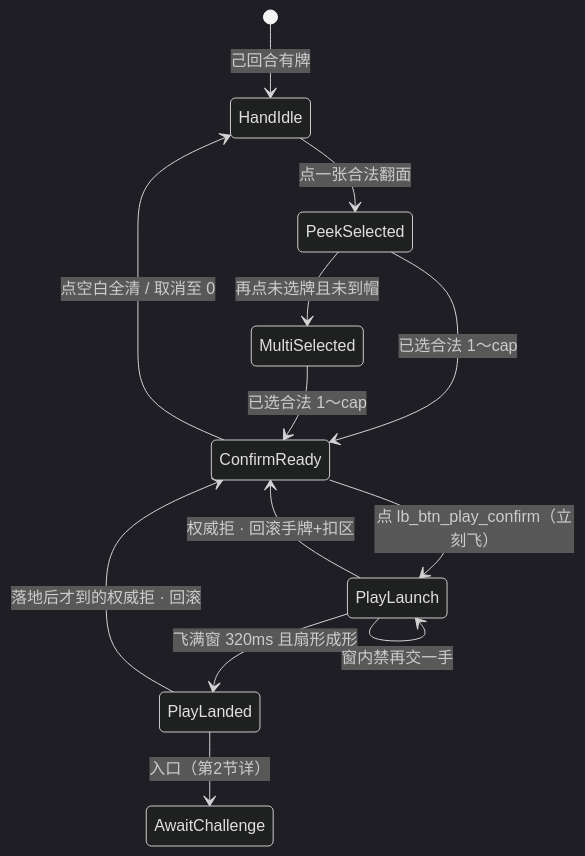
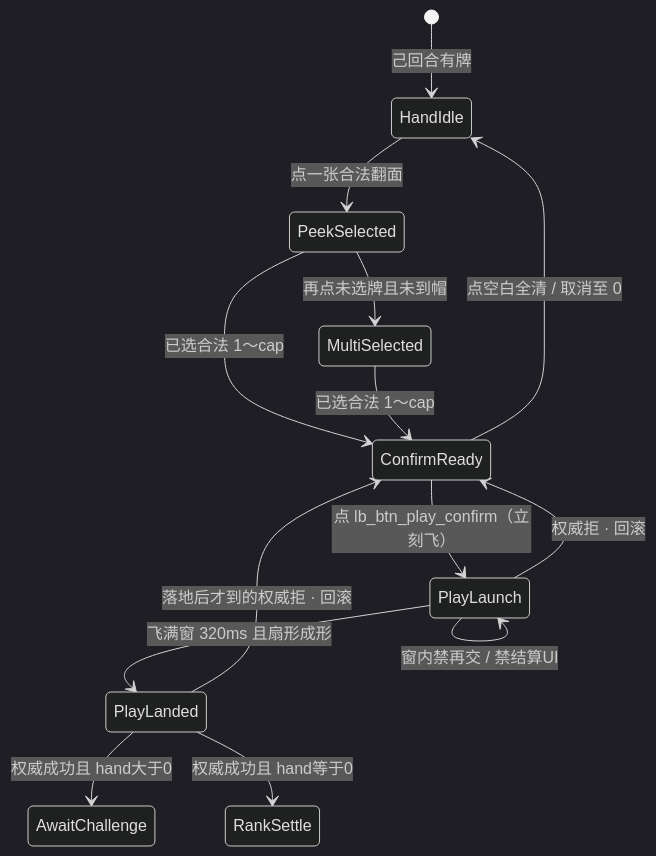
Before and after one commit to xubin0903/LiarBar: the diagram in docs/02-游戏设计/出牌扣牌-状态机.md, drawn with Mermaid (dark theme). The commit also changed other lines of this file and 8 other files, not shown here.

First line of the commit message:
docs(design): Aron 打光名次锁 · PlayLanded 后空牌禁进 AwaitChallenge

````diff
--- a/docs/02-游戏设计/出牌扣牌-状态机.md
+++ b/docs/02-游戏设计/出牌扣牌-状态机.md
@@ -66,15 +99,16 @@
 ```mermaid
 stateDiagram-v2
   [*] --> HandIdle: 己回合有牌
   HandIdle --> PeekSelected: 点一张合法翻面
   PeekSelected --> MultiSelected: 再点未选牌且未到帽
   PeekSelected --> ConfirmReady: 已选合法 1～cap
   MultiSelected --> ConfirmReady: 已选合法 1～cap
   ConfirmReady --> HandIdle: 点空白全清 / 取消至 0
   ConfirmReady --> PlayLaunch: 点 lb_btn_play_confirm（立刻飞）
   PlayLaunch --> PlayLanded: 飞满窗 320ms 且扇形成形
-  PlayLanded --> AwaitChallenge: 入口（第2节详）
-  PlayLaunch --> ConfirmReady: 权威拒 · 回滚手牌+扣区
+  PlayLanded --> AwaitChallenge: 权威成功且 hand大于0
+  PlayLanded --> RankSettle: 权威成功且 hand等于0
+  PlayLaunch --> ConfirmReady: 权威拒 · 回滚
   PlayLanded --> ConfirmReady: 落地后才到的权威拒 · 回滚
-  PlayLaunch --> PlayLaunch: 窗内禁再交一手
+  PlayLaunch --> PlayLaunch: 窗内禁再交 / 禁结算UI
 ```
````
